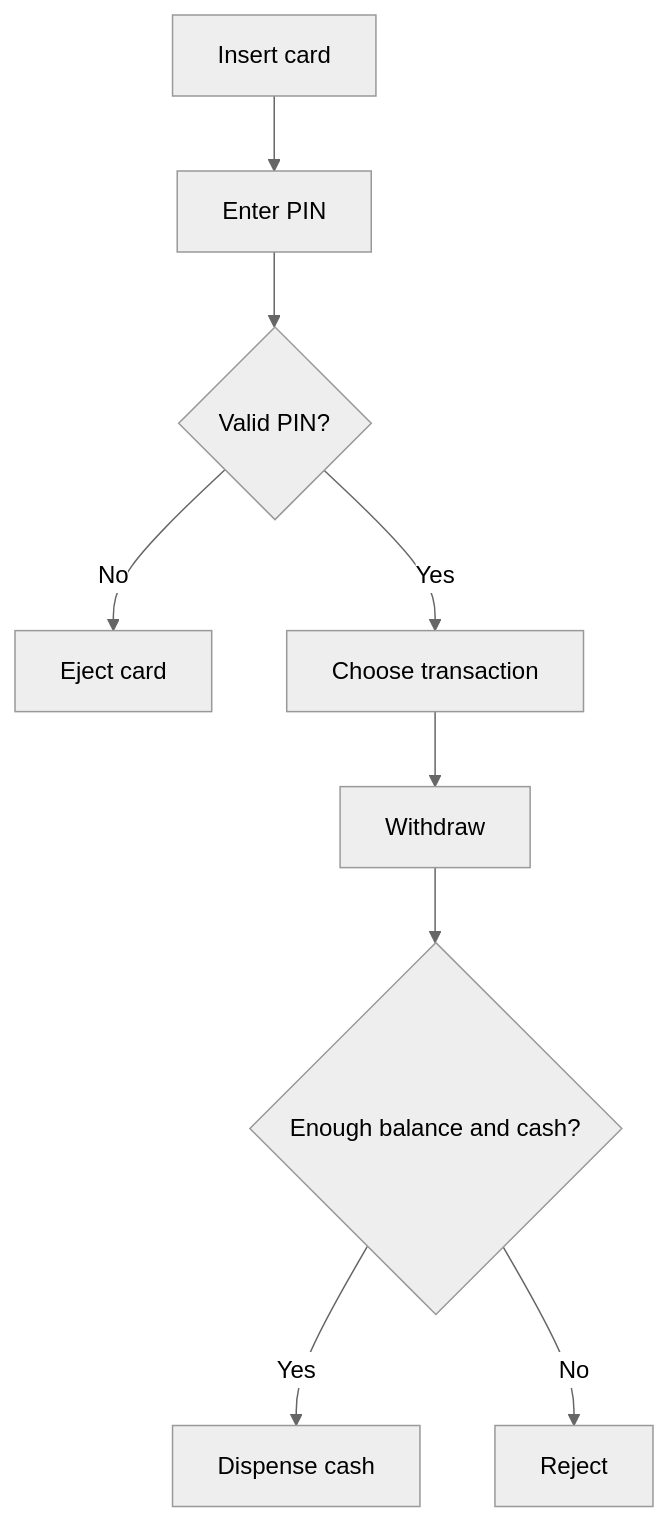
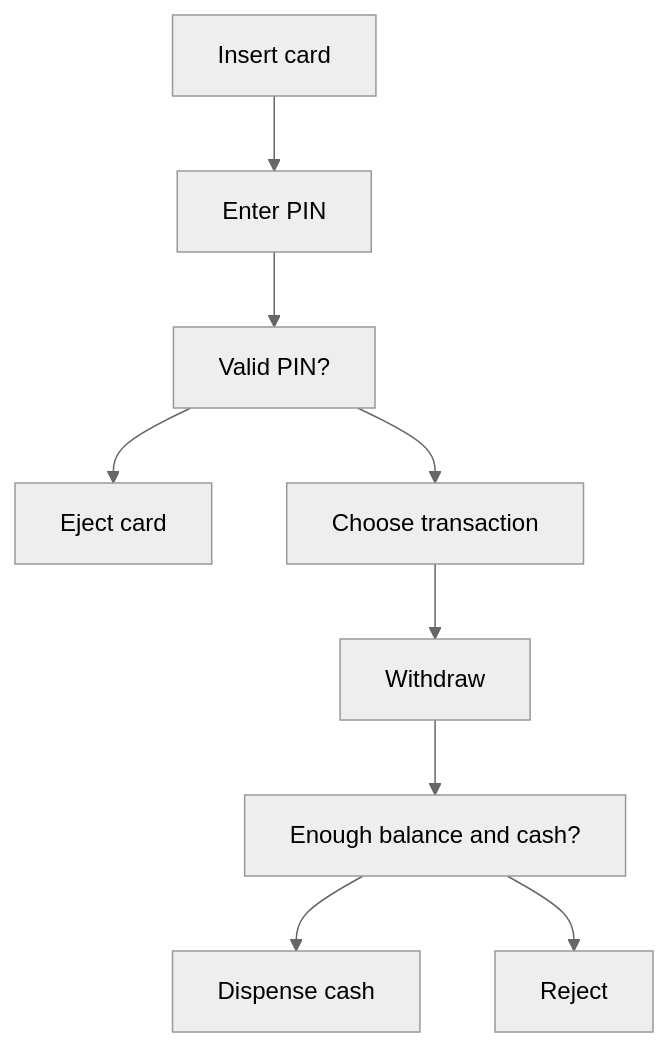
One commit to mthaiseer/springcloud-systemdesign-notes changed diagram 16 of 58 in LLD_NOTES/lld_visual_java_reference_fixed.md. Above: the diagram before and after it, drawn with Mermaid (neutral theme). The commit also changed other lines of this file, not shown here.

````diff
--- a/LLD_NOTES/lld_visual_java_reference_fixed.md
+++ b/LLD_NOTES/lld_visual_java_reference_fixed.md
@@ -832,11 +773,20 @@
 ```mermaid
 flowchart TD
-  A[Insert card] --> B[Enter PIN]
-  B --> C{Valid PIN?}
-  C -- No --> D[Eject card]
-  C -- Yes --> E[Choose transaction]
-  E --> F[Withdraw]
-  F --> G{Enough balance and cash?}
-  G -- Yes --> H[Dispense cash]
-  G -- No --> I[Reject]
+  A[Insert card]
+  B[Enter PIN]
+  C[Valid PIN?]
+  D[Eject card]
+  E[Choose transaction]
+  F[Withdraw]
+  G[Enough balance and cash?]
+  H[Dispense cash]
+  I[Reject]
+  A --> B
+  B --> C
+  C --> D
+  C --> E
+  E --> F
+  F --> G
+  G --> H
+  G --> I
 ```
````
